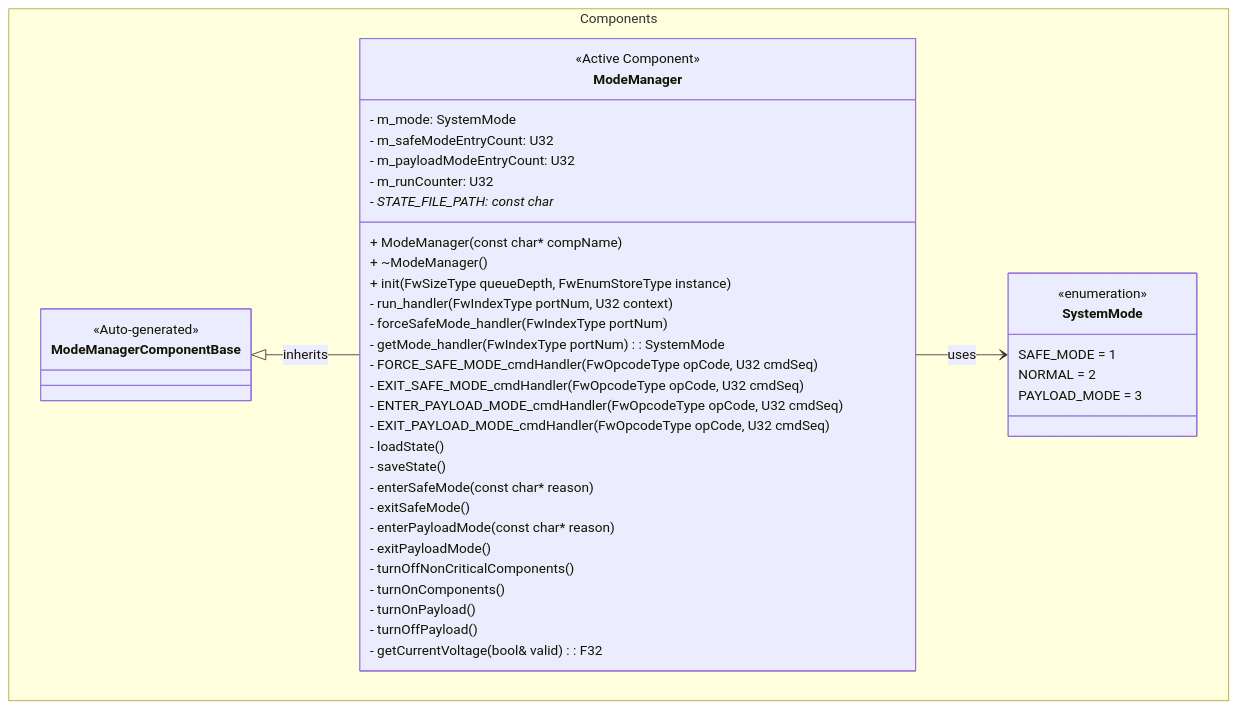
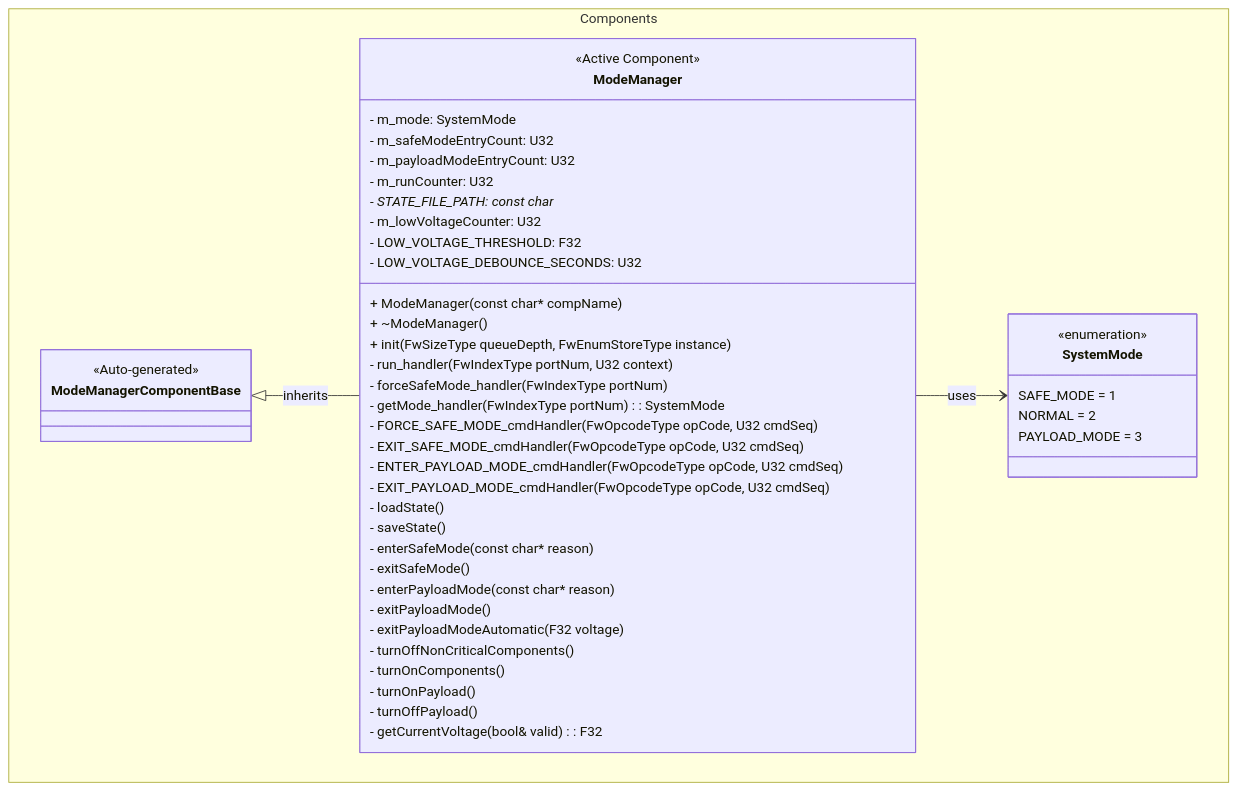
One commit to Open-Source-Space-Foundation/proves-core-reference changed the first of 9 diagrams in FprimeZephyrReference/Components/ModeManager/docs/sdd.md. Above: the diagram before and after it, drawn with Mermaid. The commit also changed other lines of this file and 4 other files, not shown here.

Commit message:
add normal <-> payload mode auto change

````diff
--- a/FprimeZephyrReference/Components/ModeManager/docs/sdd.md
+++ b/FprimeZephyrReference/Components/ModeManager/docs/sdd.md
@@ -96,45 +108,49 @@
 ```mermaid
 classDiagram
     namespace Components {
         class ModeManagerComponentBase {
             <<Auto-generated>>
         }
         class ModeManager {
             <<Active Component>>
             - m_mode: SystemMode
             - m_safeModeEntryCount: U32
             - m_payloadModeEntryCount: U32
             - m_runCounter: U32
             - STATE_FILE_PATH: const char*
             + ModeManager(const char* compName)
             + ~ModeManager()
             + init(FwSizeType queueDepth, FwEnumStoreType instance)
             - run_handler(FwIndexType portNum, U32 context)
             - forceSafeMode_handler(FwIndexType portNum)
             - getMode_handler(FwIndexType portNum): SystemMode
             - FORCE_SAFE_MODE_cmdHandler(FwOpcodeType opCode, U32 cmdSeq)
             - EXIT_SAFE_MODE_cmdHandler(FwOpcodeType opCode, U32 cmdSeq)
             - ENTER_PAYLOAD_MODE_cmdHandler(FwOpcodeType opCode, U32 cmdSeq)
             - EXIT_PAYLOAD_MODE_cmdHandler(FwOpcodeType opCode, U32 cmdSeq)
             - loadState()
             - saveState()
             - enterSafeMode(const char* reason)
             - exitSafeMode()
             - enterPayloadMode(const char* reason)
             - exitPayloadMode()
+            - exitPayloadModeAutomatic(F32 voltage)
             - turnOffNonCriticalComponents()
             - turnOnComponents()
             - turnOnPayload()
             - turnOffPayload()
             - getCurrentVoltage(bool& valid): F32
+            - m_lowVoltageCounter: U32
+            - LOW_VOLTAGE_THRESHOLD: F32
+            - LOW_VOLTAGE_DEBOUNCE_SECONDS: U32
         }
         class SystemMode {
             <<enumeration>>
             SAFE_MODE = 1
             NORMAL = 2
             PAYLOAD_MODE = 3
         }
     }
     ModeManagerComponentBase <|-- ModeManager : inherits
     ModeManager --> SystemMode : uses
 ```
````
